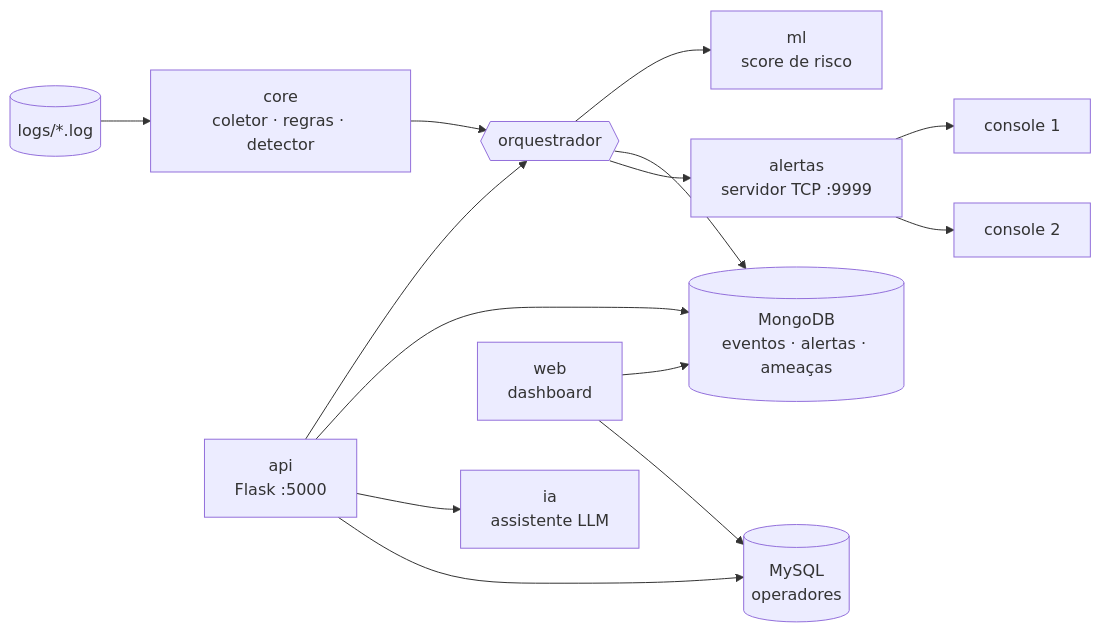
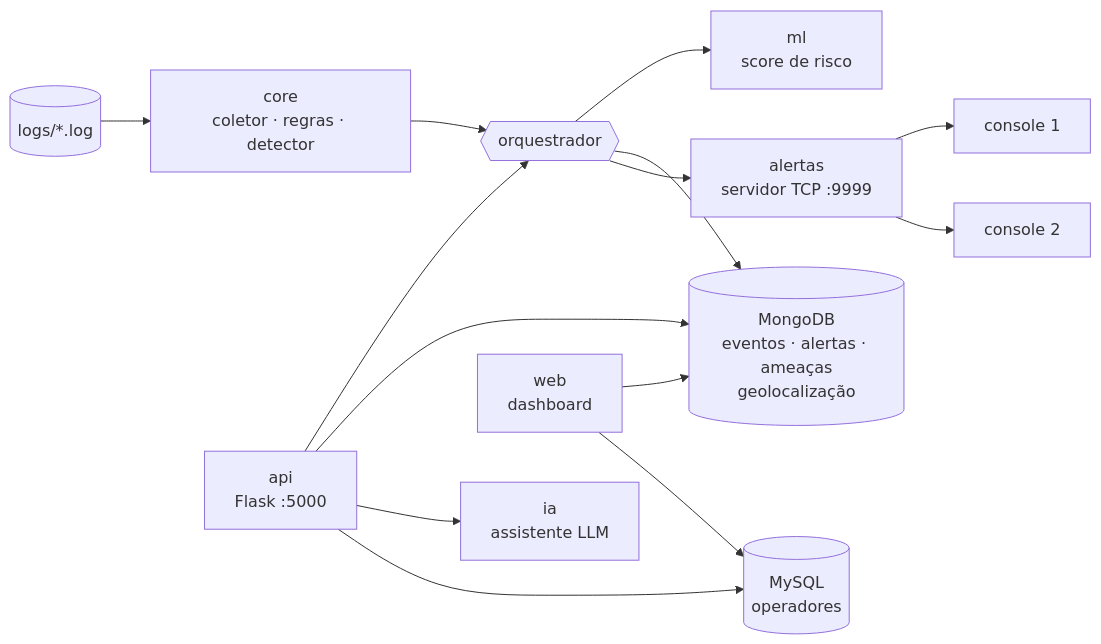
Before and after one commit to NightHawkBR/GS2_SECURAPY_SIEM: the diagram in README.md, drawn with Mermaid. The commit also changed other lines of this file and 9 other files, not shown here.

````diff
--- a/README.md
+++ b/README.md
@@ -20,15 +20,15 @@
 ```mermaid
 flowchart LR
     LOGS[(logs/*.log)] --> CORE[core<br/>coletor · regras · detector]
     CORE --> ORQ{{orquestrador}}
     ORQ --> ML[ml<br/>score de risco]
-    ORQ --> MONGO[(MongoDB<br/>eventos · alertas · ameaças)]
+    ORQ --> MONGO[(MongoDB<br/>eventos · alertas · ameaças<br/>geolocalização)]
     ORQ --> TCP[alertas<br/>servidor TCP :9999]
     TCP --> C1[console 1] & C2[console 2]
     API[api<br/>Flask :5000] --> ORQ
     API --> MONGO
     API --> IA[ia<br/>assistente LLM]
     WEB[web<br/>dashboard] --> MONGO
     WEB --> MYSQL[(MySQL<br/>operadores)]
     API --> MYSQL
 ```
````
